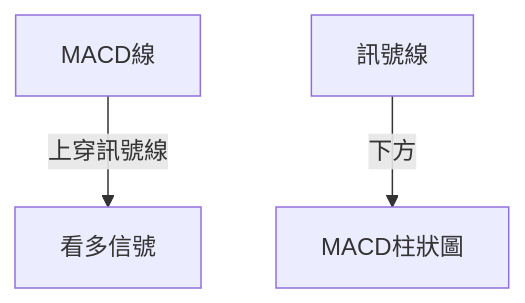
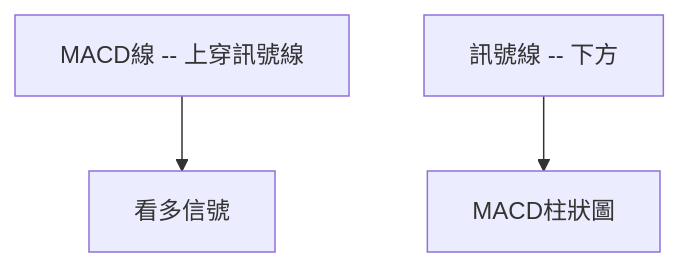
The seventh of 9 diagrams in ai_gen_report/stock/onds/technical_analysis_2026-04-16_openai.md (yennanliu/finance_data), drawn with Mermaid before and after one commit. The commit also changed other lines of this file and 2258 other files, not shown here.

First line of the commit message:
chore: backfill Mermaid syntax repair across existing reports

````diff
--- a/ai_gen_report/stock/onds/technical_analysis_2026-04-16_openai.md
+++ b/ai_gen_report/stock/onds/technical_analysis_2026-04-16_openai.md
@@ -248,5 +248,5 @@
 ```mermaid
 graph TD
-    MACD線 -- 上穿訊號線 --> 看多信號
-    訊號線 -- 下方 --> MACD柱狀圖
+    nb1["MACD線 -- 上穿訊號線"] --> 看多信號
+    nb2["訊號線 -- 下方"] --> MACD柱狀圖
 ```
````
